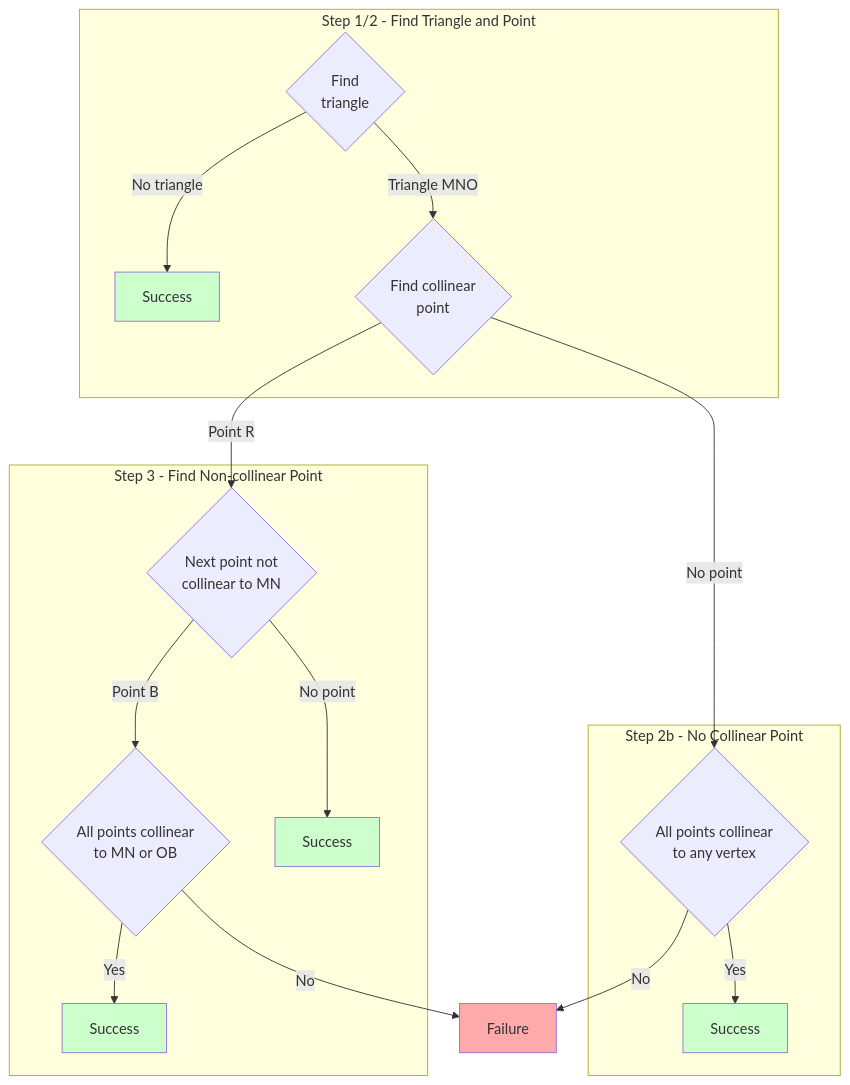
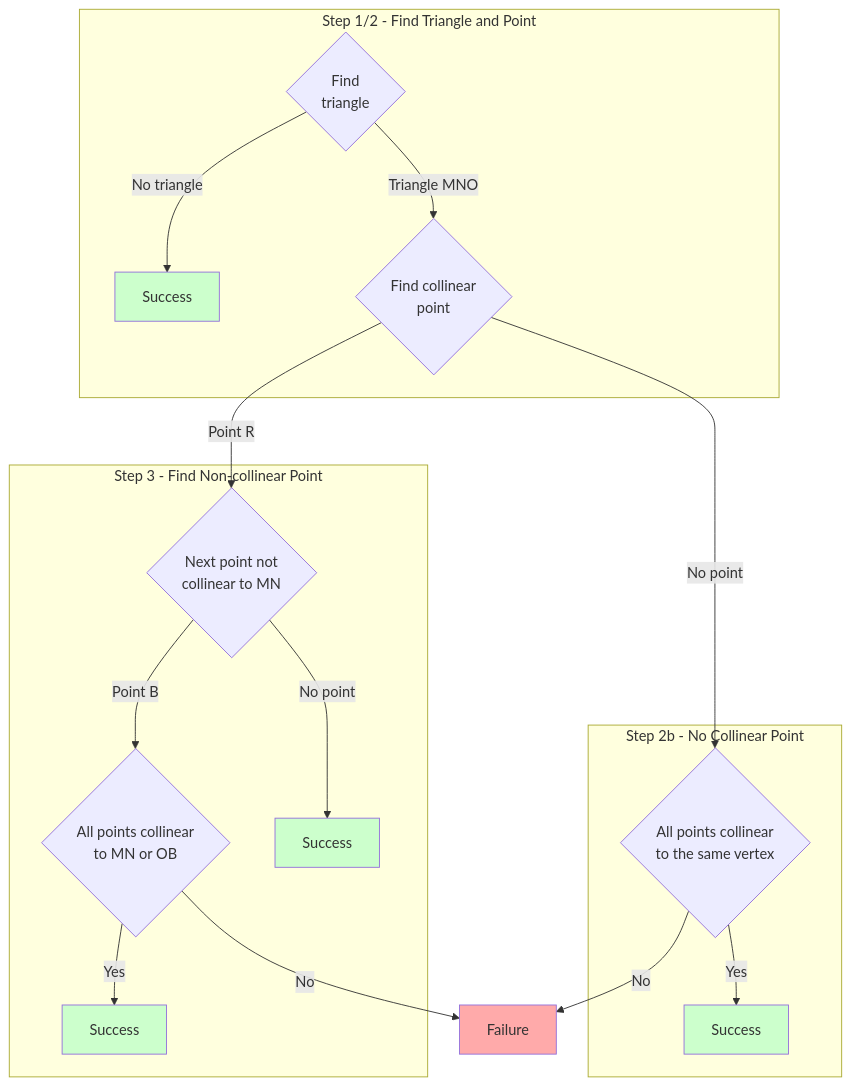
The diagram in notes/Target Practice.md (jasonincanada/kattis), drawn with Mermaid before and after one commit.

Commit message:
clarify one vertex

````diff
--- a/notes/Target Practice.md
+++ b/notes/Target Practice.md
@@ -122,34 +122,34 @@
 ```mermaid
 flowchart TB
     
     subgraph Step 1/2 - Find Triangle and Point
         F{Find<br/>triangle} -->|No triangle| S1[Success]
         F                    -->|Triangle MNO| B
     end
 
-	 B{Find collinear<br/>point} -->|No point| 2B
-	 B                           -->|Point R| R
+	B{Find collinear<br/>point} -->|No point| 2B
+	B                           -->|Point R| R
     
     subgraph Step 2b - No Collinear Point
-        2B{All points collinear<br/>to any vertex} -->|Yes| S2[Success]
+        2B{All points collinear<br/>to the same vertex} -->|Yes| S2[Success]
     end
 
     2B -->|No| FL[Failure]
     
     subgraph Step 3 - Find Non-collinear Point
         R{Next point not<br/>collinear to MN}    -->|Point B| B2
         R                                        -->|No point| S3[Success]
         B2{All points collinear<br/>to MN or OB} -->|Yes| S4[Success]
     end
     
     B2 -->|No| FL
     
     
     %% Styling
     classDef successCase fill:#CFC;
     class S1,S2,S3,S4 successCase;
     
     classDef failureCase fill:#FAA;
     class FL failureCase;
     
 ```
````
